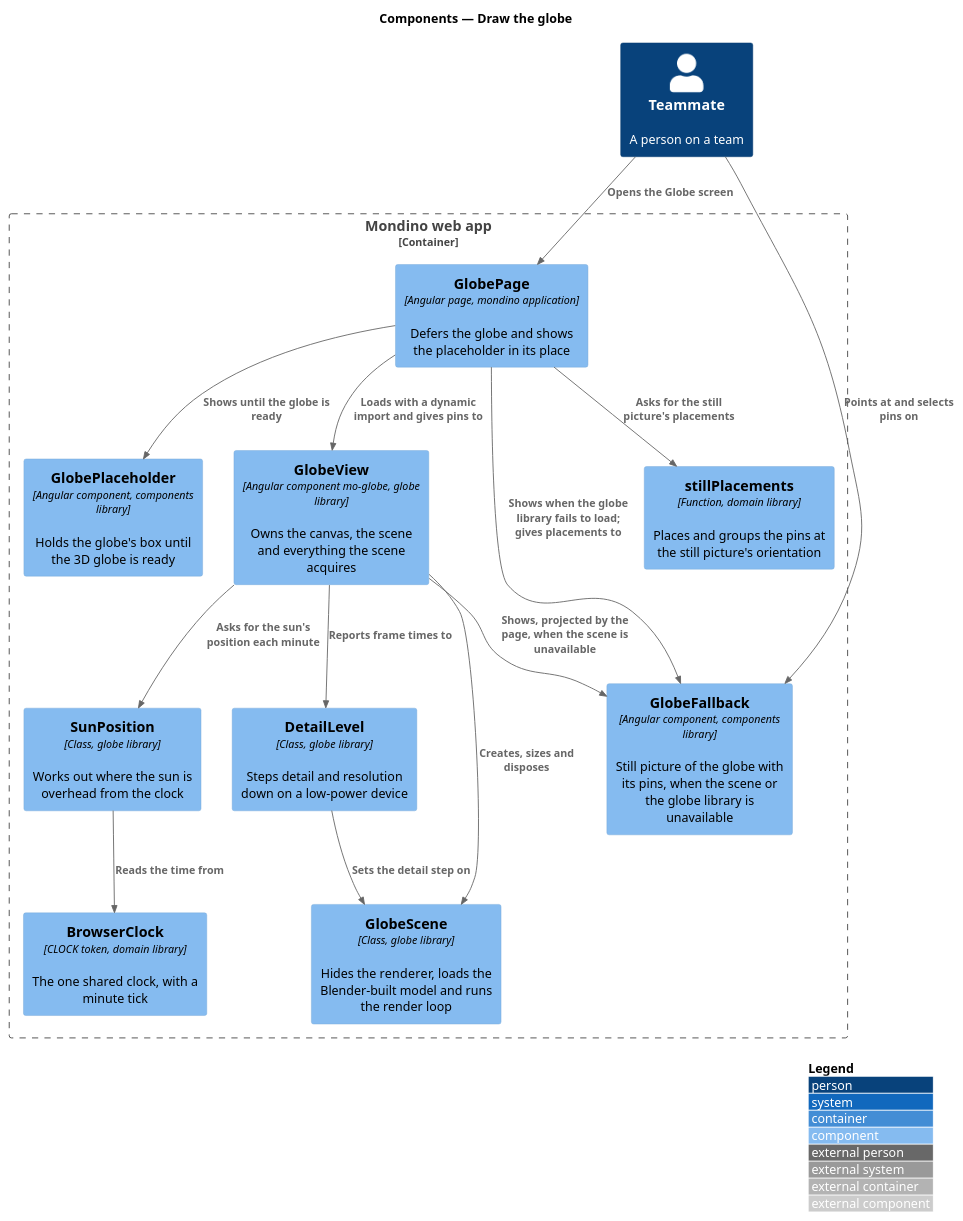
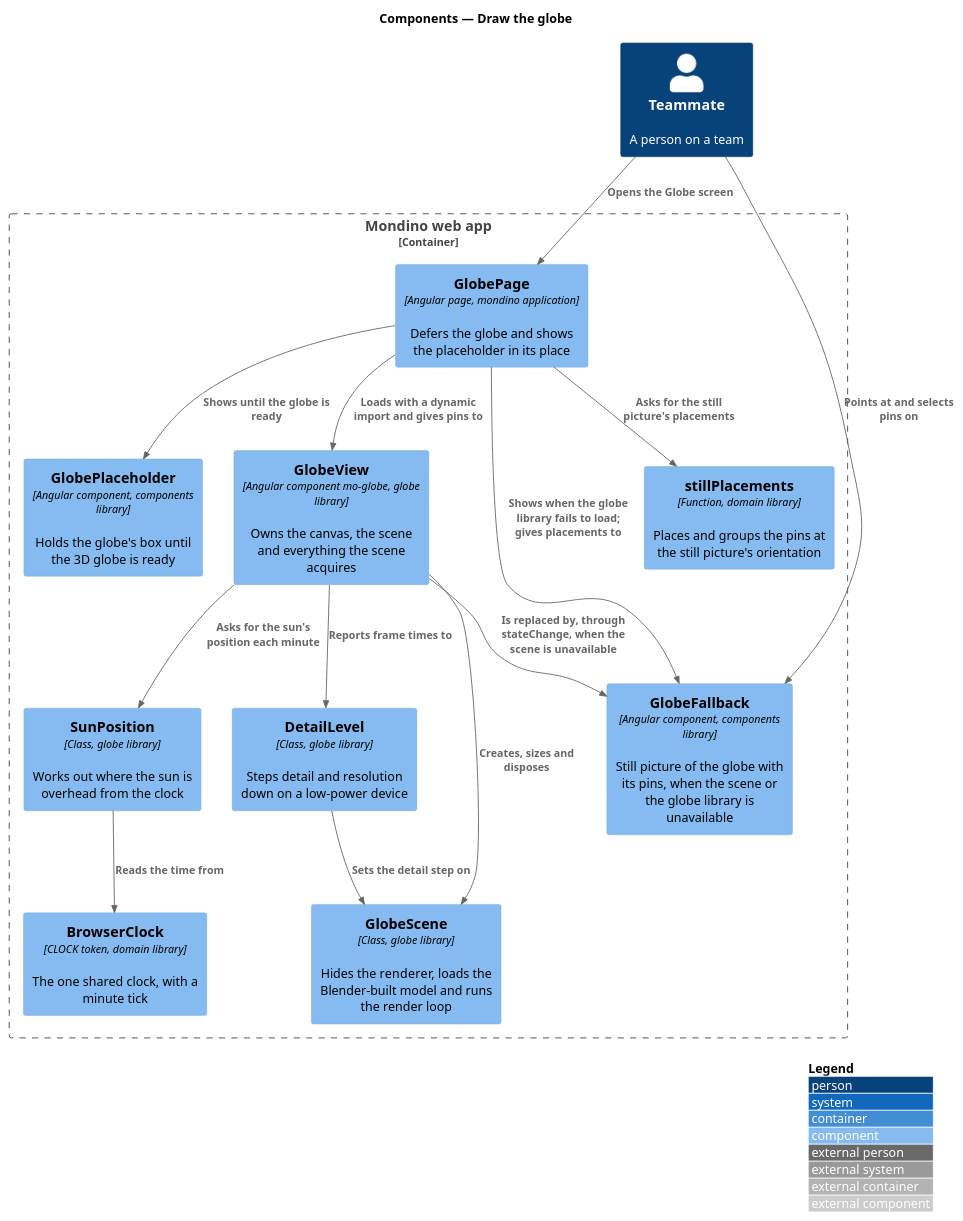
Before and after one commit to QuinntyneBrown/Mondino: the diagram in docs/detailed-designs/globe/draw-globe/diagrams/c4-component.puml, drawn with PlantUML. The commit also changed 32 other files, not shown here.

```diff
--- a/docs/detailed-designs/globe/draw-globe/diagrams/c4-component.puml
+++ b/docs/detailed-designs/globe/draw-globe/diagrams/c4-component.puml
@@ -1,30 +1,30 @@
 @startuml
 !include <C4/C4_Component>
 LAYOUT_WITH_LEGEND()
 title Components — Draw the globe
 
 Person(teammate, "Teammate", "A person on a team")
 Container_Boundary(spa, "Mondino web app") {
   Component(page, "GlobePage", "Angular page, mondino application", "Defers the globe and shows the placeholder in its place")
   Component(placeholder, "GlobePlaceholder", "Angular component, components library", "Holds the globe's box until the 3D globe is ready")
   Component(view, "GlobeView", "Angular component mo-globe, globe library", "Owns the canvas, the scene and everything the scene acquires")
   Component(scene, "GlobeScene", "Class, globe library", "Hides the renderer, loads the Blender-built model and runs the render loop")
   Component(sun, "SunPosition", "Class, globe library", "Works out where the sun is overhead from the clock")
   Component(detail, "DetailLevel", "Class, globe library", "Steps detail and resolution down on a low-power device")
   Component(fallback, "GlobeFallback", "Angular component, components library", "Still picture of the globe with its pins, when the scene or the globe library is unavailable")
   Component(still, "stillPlacements", "Function, domain library", "Places and groups the pins at the still picture's orientation")
   Component(clock, "BrowserClock", "CLOCK token, domain library", "The one shared clock, with a minute tick")
 }
 Rel(teammate, page, "Opens the Globe screen")
 Rel(page, placeholder, "Shows until the globe is ready")
 Rel(page, view, "Loads with a dynamic import and gives pins to")
 Rel(view, scene, "Creates, sizes and disposes")
-Rel(view, fallback, "Shows, projected by the page, when the scene is unavailable")
+Rel(view, fallback, "Is replaced by, through stateChange, when the scene is unavailable")
 Rel(page, fallback, "Shows when the globe library fails to load; gives placements to")
 Rel(page, still, "Asks for the still picture's placements")
 Rel(teammate, fallback, "Points at and selects pins on")
 Rel(view, sun, "Asks for the sun's position each minute")
 Rel(sun, clock, "Reads the time from")
 Rel(view, detail, "Reports frame times to")
 Rel(detail, scene, "Sets the detail step on")
 @enduml
```
